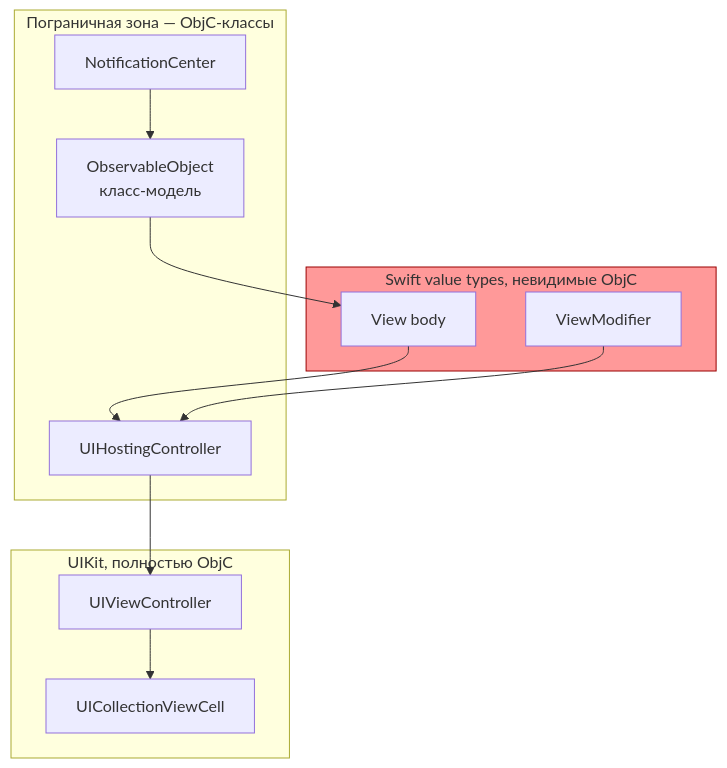
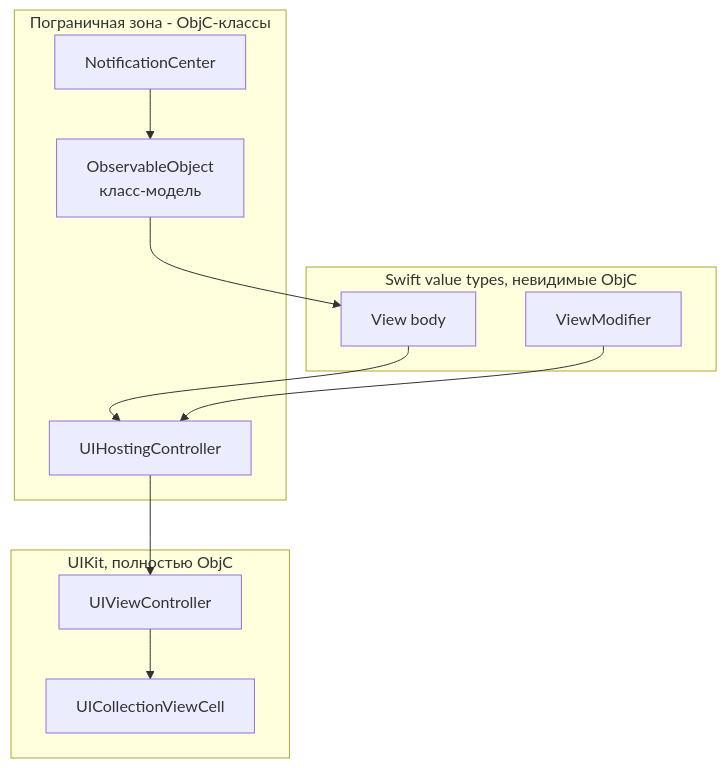
One commit to RouuKRoo/Dopamine-roothide changed the third of 3 diagrams in part2/06-uikit-swiftui-scenes.md. Above: the diagram before and after it, drawn with Mermaid. The commit also changed other lines of this file and 14 other files, not shown here.

````diff
--- a/part2/06-uikit-swiftui-scenes.md
+++ b/part2/06-uikit-swiftui-scenes.md
@@ -253,25 +336,23 @@
 ```mermaid
 flowchart TB
     subgraph Swift[Swift value types, невидимые ObjC]
         View[View body]
         Modifier[ViewModifier]
     end
-    subgraph Boundary[Пограничная зона — ObjC-классы]
+    subgraph Boundary[Пограничная зона - ObjC-классы]
         HC[UIHostingController]
         Model[ObservableObject<br/>класс-модель]
         NC[NotificationCenter]
     end
     subgraph UIKit[UIKit, полностью ObjC]
         VC[UIViewController]
         Cell[UICollectionViewCell]
     end
 
     View --> HC
     Modifier --> HC
     Model --> View
     NC --> Model
     HC --> VC
     VC --> Cell
-    classDef red fill:#f99,stroke:#900
-    class Swift red
 ```
````
